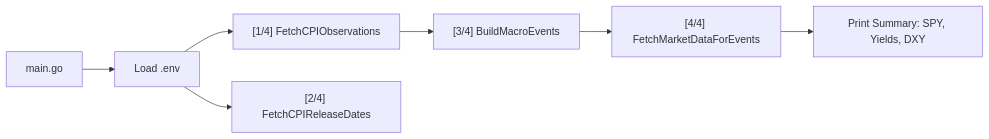
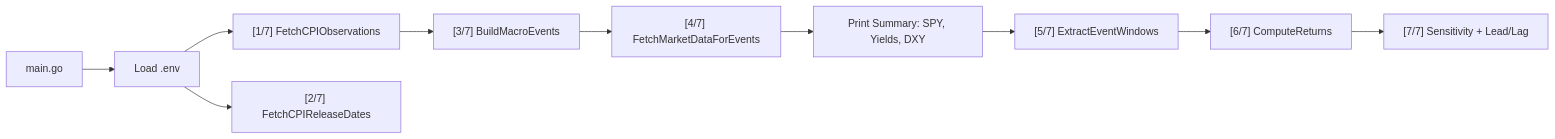
One commit to Srijansarkar17/Real-Time-Macro-Event-Impact-Tracker changed the first of 5 diagrams in walkthrough.md. Above: the diagram before and after it, drawn with Mermaid. The commit also changed other lines of this file and 6 other files, not shown here.

````diff
--- a/walkthrough.md
+++ b/walkthrough.md
@@ -43,9 +44,12 @@
 ```mermaid
 flowchart LR
     A[main.go] --> B[Load .env]
-    B --> C["[1/4] FetchCPIObservations"]
-    B --> D["[2/4] FetchCPIReleaseDates"]
-    C --> E["[3/4] BuildMacroEvents"]
-    E --> F["[4/4] FetchMarketDataForEvents"]
+    B --> C["[1/7] FetchCPIObservations"]
+    B --> D["[2/7] FetchCPIReleaseDates"]
+    C --> E["[3/7] BuildMacroEvents"]
+    E --> F["[4/7] FetchMarketDataForEvents"]
     F --> G[Print Summary: SPY, Yields, DXY]
+    G --> H["[5/7] ExtractEventWindows"]
+    H --> I["[6/7] ComputeReturns"]
+    I --> J["[7/7] Sensitivity + Lead/Lag"]
 ```
````
